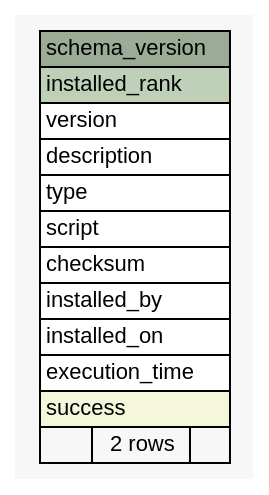
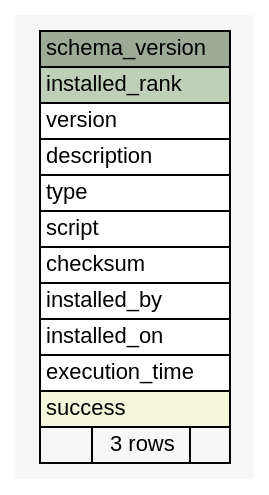
The diagram in docs/diagrams/summary/schema_version.1degree.dot (su-kun1899/schemaspy-plugin-sample), drawn with Graphviz before and after one commit. The commit also changed 21 other files, not shown here.

Commit message:
Update schemaSpy html [ci skip]

```diff
--- a/docs/diagrams/summary/schema_version.1degree.dot
+++ b/docs/diagrams/summary/schema_version.1degree.dot
@@ -1,39 +1,39 @@
 // dot 2.26.3 on Linux 3.13.0-91-generic
 // SchemaSpy rev Unknown
 digraph "schema_version" {
   graph [
     rankdir="RL"
     bgcolor="#f7f7f7"
     nodesep="0.18"
     ranksep="0.46"
     fontname="Helvetica"
     fontsize="11"
   ];
   node [
     fontname="Helvetica"
     fontsize="11"
     shape="plaintext"
   ];
   edge [
     arrowsize="0.8"
   ];
   "schema_version" [
     label=<
     <TABLE BORDER="0" CELLBORDER="1" CELLSPACING="0" BGCOLOR="#ffffff">
       <TR><TD COLSPAN="3" BGCOLOR="#9bab96" ALIGN="CENTER">schema_version</TD></TR>
       <TR><TD PORT="installed_rank" COLSPAN="3" BGCOLOR="#bed1b8" ALIGN="LEFT">installed_rank</TD></TR>
       <TR><TD PORT="version" COLSPAN="3" ALIGN="LEFT">version</TD></TR>
       <TR><TD PORT="description" COLSPAN="3" ALIGN="LEFT">description</TD></TR>
       <TR><TD PORT="type" COLSPAN="3" ALIGN="LEFT">type</TD></TR>
       <TR><TD PORT="script" COLSPAN="3" ALIGN="LEFT">script</TD></TR>
       <TR><TD PORT="checksum" COLSPAN="3" ALIGN="LEFT">checksum</TD></TR>
       <TR><TD PORT="installed_by" COLSPAN="3" ALIGN="LEFT">installed_by</TD></TR>
       <TR><TD PORT="installed_on" COLSPAN="3" ALIGN="LEFT">installed_on</TD></TR>
       <TR><TD PORT="execution_time" COLSPAN="3" ALIGN="LEFT">execution_time</TD></TR>
       <TR><TD PORT="success" COLSPAN="3" BGCOLOR="#f4f7da" ALIGN="LEFT">success</TD></TR>
-      <TR><TD ALIGN="LEFT" BGCOLOR="#f7f7f7">  </TD><TD ALIGN="RIGHT" BGCOLOR="#f7f7f7">2 rows</TD><TD ALIGN="RIGHT" BGCOLOR="#f7f7f7">  </TD></TR>
+      <TR><TD ALIGN="LEFT" BGCOLOR="#f7f7f7">  </TD><TD ALIGN="RIGHT" BGCOLOR="#f7f7f7">3 rows</TD><TD ALIGN="RIGHT" BGCOLOR="#f7f7f7">  </TD></TR>
     </TABLE>>
     URL="tables/schema_version.html"
     tooltip="schema_version"
   ];
 }
```
